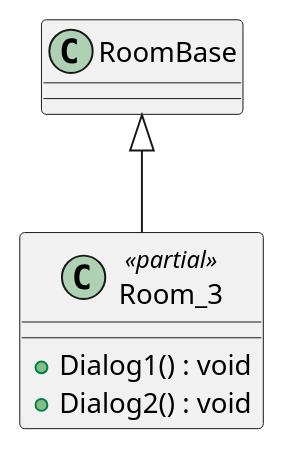
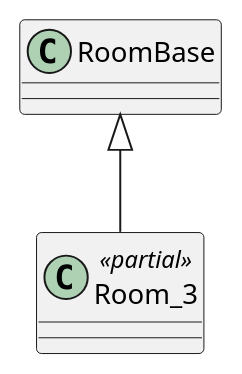
One commit to AlbinWalleniusWoxnerud/Prog2 changed the diagram in project/plantuml/docs/out/Rooms/Room3/Room3Dialog.puml. Above: the diagram before and after it, drawn with PlantUML. The commit also changed 55 other files, not shown here.

```diff
--- a/project/plantuml/docs/out/Rooms/Room3/Room3Dialog.puml
+++ b/project/plantuml/docs/out/Rooms/Room3/Room3Dialog.puml
@@ -1,7 +1,5 @@
 @startuml
 class Room_3 <<partial>> {
-    + Dialog1() : void
-    + Dialog2() : void
 }
 RoomBase <|-- Room_3
 @enduml
```
